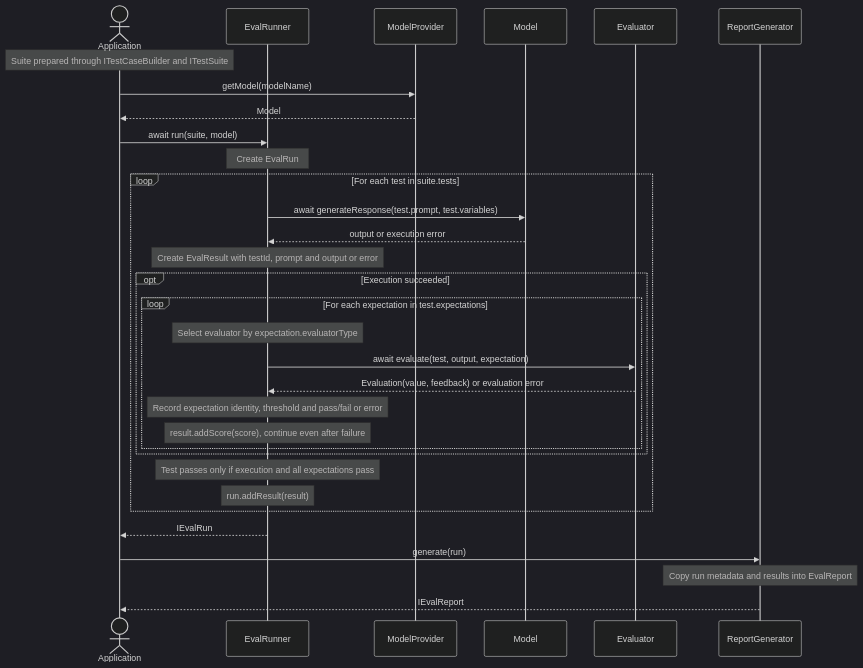
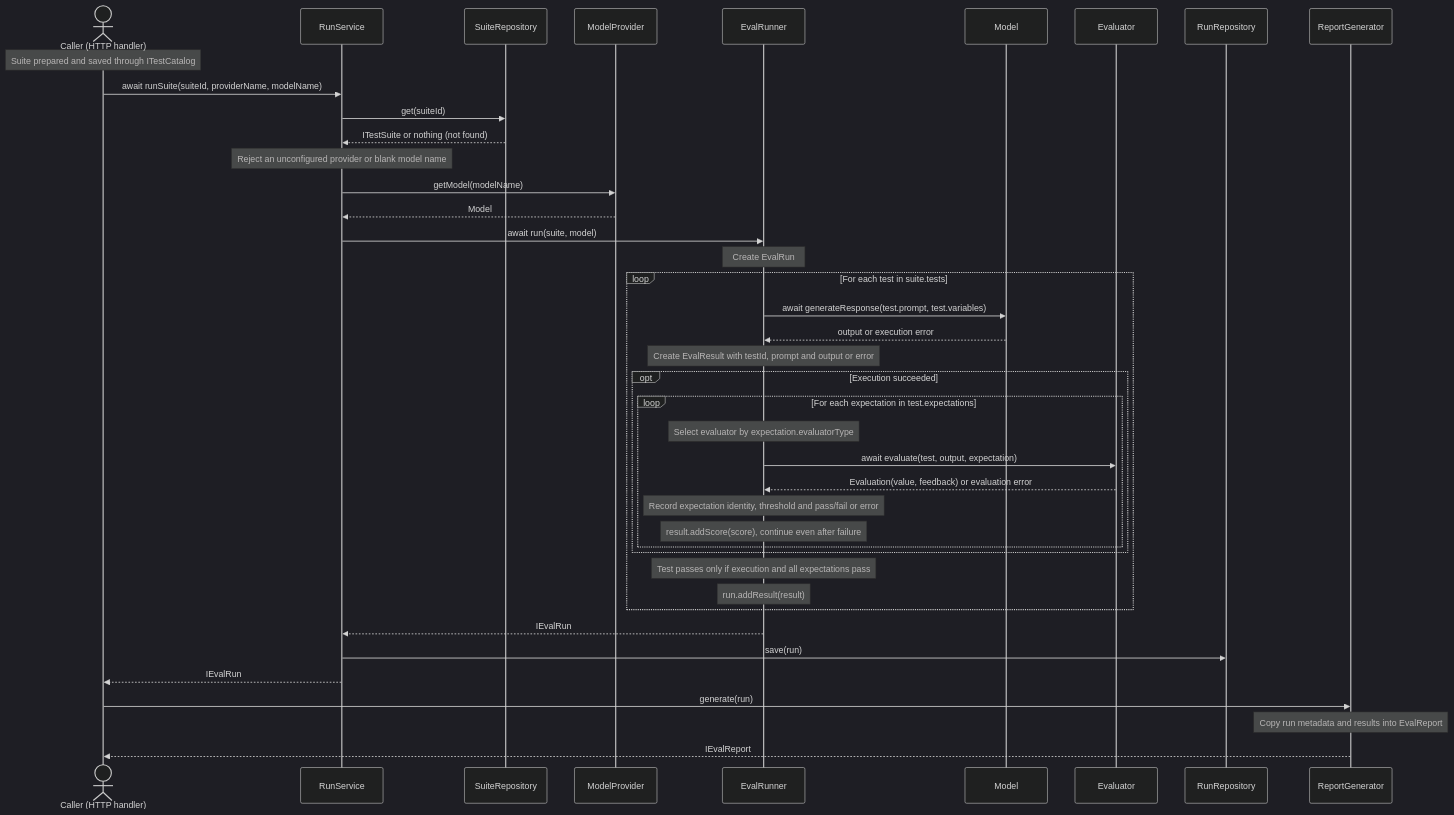
One commit to LucaPigo/smartest-ai-testbook changed the third of 5 diagrams in doc/domain-design.md. Above: the diagram before and after it, drawn with Mermaid (dark theme). The commit also changed other lines of this file and 25 other files, not shown here.

First line of the commit message:
Move use-case orchestration into Python application services

````diff
--- a/doc/domain-design.md
+++ b/doc/domain-design.md
@@ -239,35 +289,44 @@
 ```mermaid
 sequenceDiagram
-    actor App as Application
+    actor App as Caller (HTTP handler)
+    participant Service as RunService
+    participant Suites as SuiteRepository
+    participant Provider as ModelProvider
     participant Runner as EvalRunner
-    participant Provider as ModelProvider
     participant Model
     participant Evaluator
+    participant Runs as RunRepository
     participant Generator as ReportGenerator
 
-    Note over App: Suite prepared through ITestCaseBuilder and ITestSuite
-    App->>Provider: getModel(modelName)
-    Provider-->>App: Model
-    App->>Runner: await run(suite, model)
+    Note over App: Suite prepared and saved through ITestCatalog
+    App->>Service: await runSuite(suiteId, providerName, modelName)
+    Service->>Suites: get(suiteId)
+    Suites-->>Service: ITestSuite or nothing (not found)
+    Note over Service: Reject an unconfigured provider or blank model name
+    Service->>Provider: getModel(modelName)
+    Provider-->>Service: Model
+    Service->>Runner: await run(suite, model)
     Note over Runner: Create EvalRun
     loop For each test in suite.tests
         Runner->>Model: await generateResponse(test.prompt, test.variables)
         Model-->>Runner: output or execution error
         Note over Runner: Create EvalResult with testId, prompt and output or error
         opt Execution succeeded
             loop For each expectation in test.expectations
                 Note over Runner: Select evaluator by expectation.evaluatorType
                 Runner->>Evaluator: await evaluate(test, output, expectation)
                 Evaluator-->>Runner: Evaluation(value, feedback) or evaluation error
                 Note over Runner: Record expectation identity, threshold and pass/fail or error
                 Note over Runner: result.addScore(score), continue even after failure
             end
         end
         Note over Runner: Test passes only if execution and all expectations pass
         Note over Runner: run.addResult(result)
     end
-    Runner-->>App: IEvalRun
+    Runner-->>Service: IEvalRun
+    Service->>Runs: save(run)
+    Service-->>App: IEvalRun
     App->>Generator: generate(run)
     Note over Generator: Copy run metadata and results into EvalReport
     Generator-->>App: IEvalReport
 ```
````
